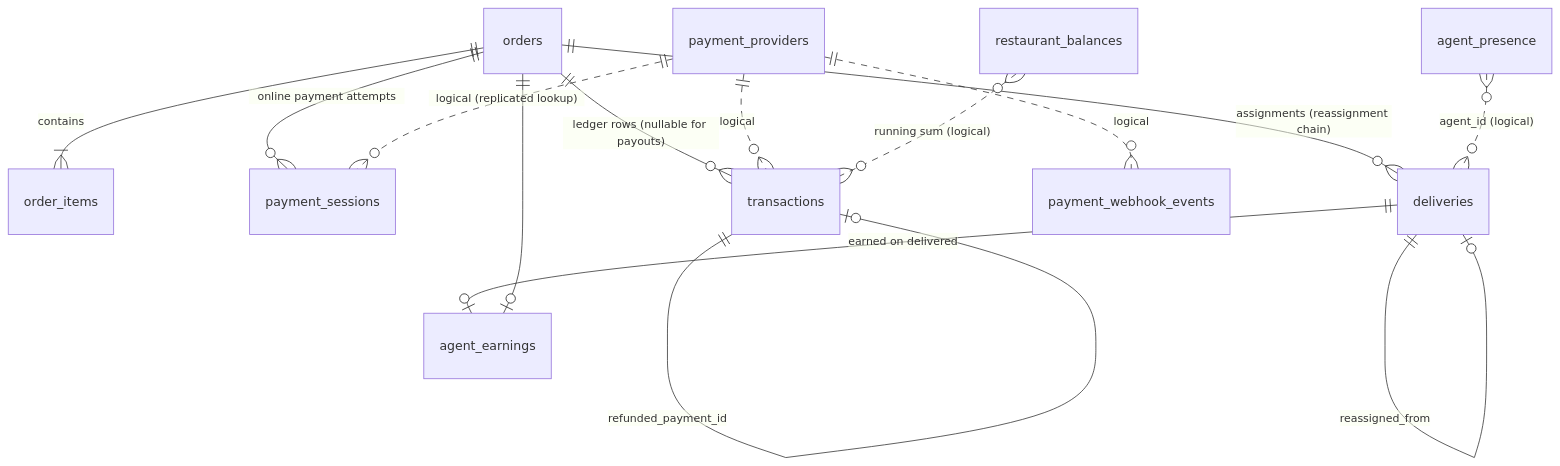
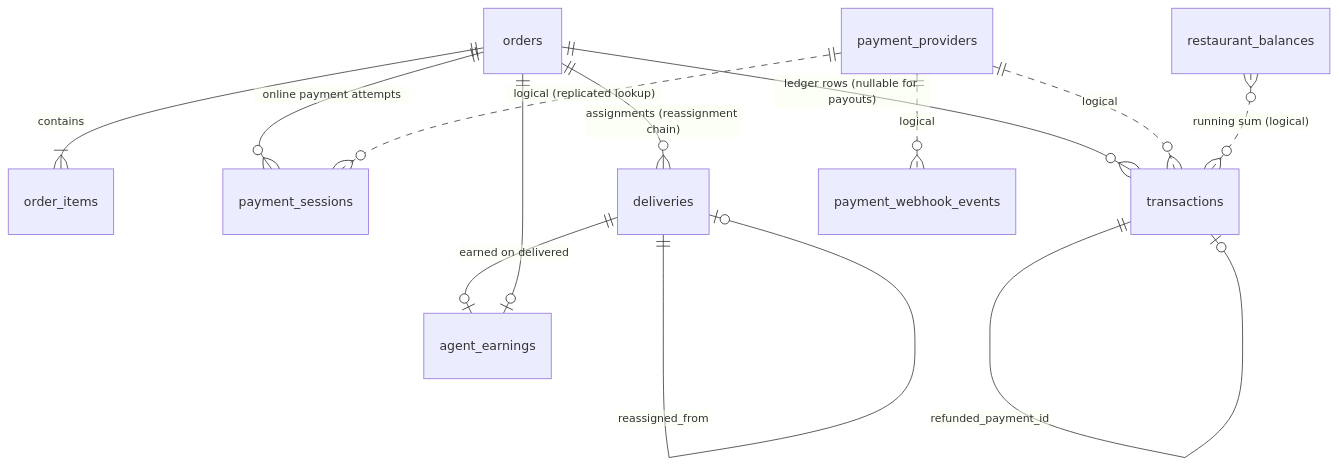
The diagram in docs/database-design.md (Nourzeidan/Quickbite_order_service), drawn with Mermaid before and after one commit. The commit also changed other lines of this file and 135 other files, not shown here.

````diff
--- a/docs/database-design.md
+++ b/docs/database-design.md
@@ -76,16 +76,15 @@
 ```mermaid
 erDiagram
     orders ||--|{ order_items : contains
     orders ||--o{ payment_sessions : "online payment attempts"
     orders ||--o{ transactions : "ledger rows (nullable for payouts)"
     orders ||--o{ deliveries : "assignments (reassignment chain)"
     deliveries ||--o| deliveries : "reassigned_from"
     deliveries ||--o| agent_earnings : "earned on delivered"
     orders ||--o| agent_earnings : ""
     transactions ||--o| transactions : "refunded_payment_id"
     payment_providers ||..o{ payment_sessions : "logical (replicated lookup)"
     payment_providers ||..o{ transactions : "logical"
     payment_providers ||..o{ payment_webhook_events : "logical"
     restaurant_balances }o..o{ transactions : "running sum (logical)"
-    agent_presence }o..o{ deliveries : "agent_id (logical)"
 ```
````
